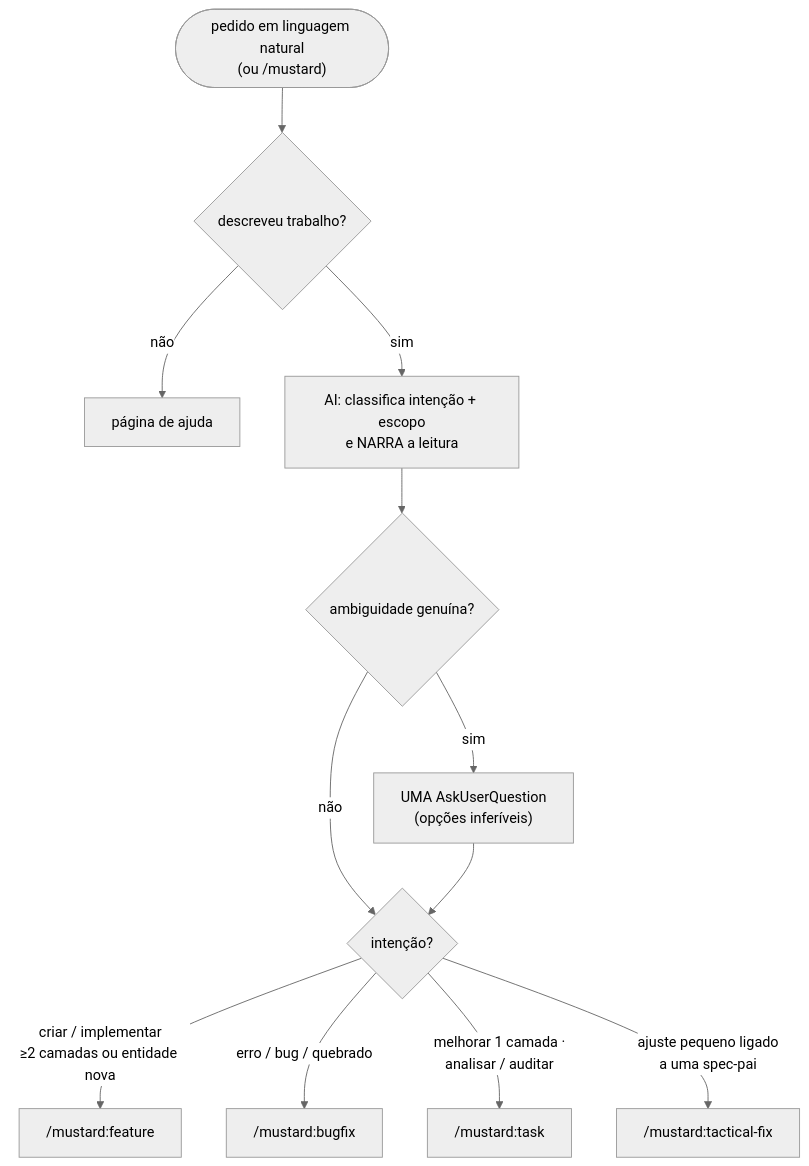
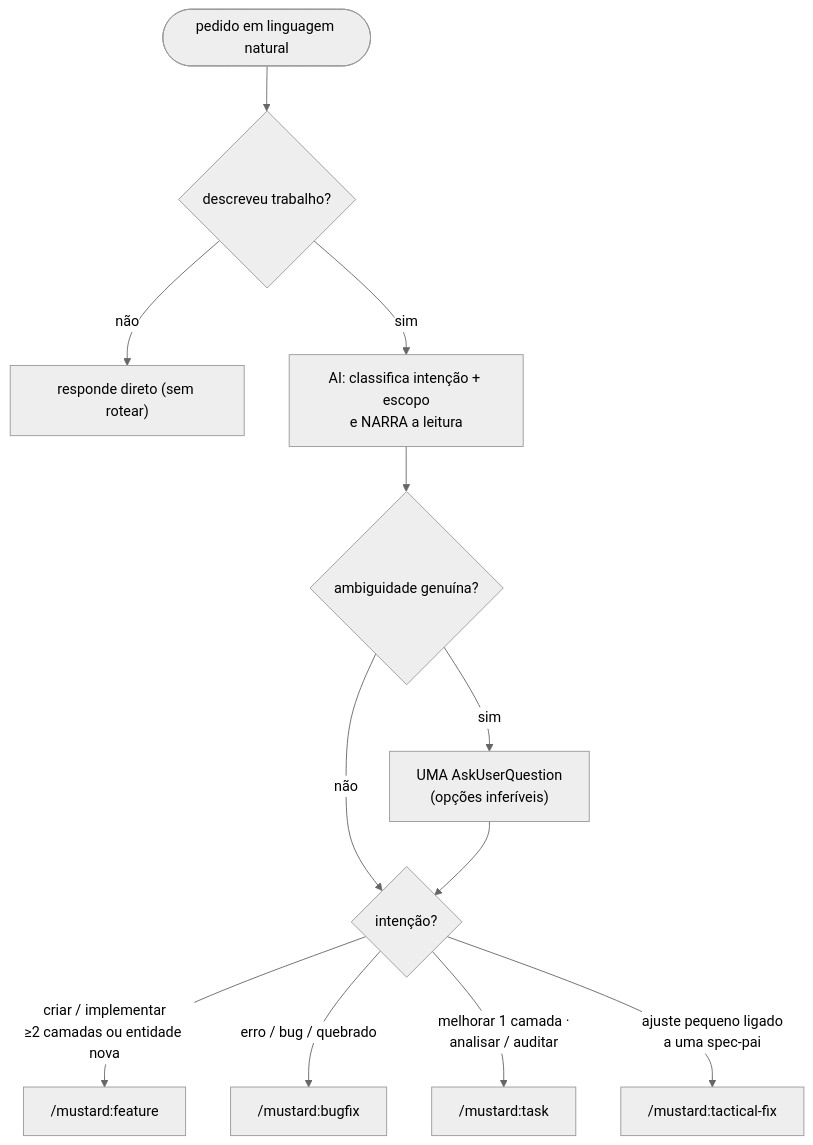
One commit to rubensrpj/mustard changed the third of 15 diagrams in MUSTARD-COMMANDS.md. Above: the diagram before and after it, drawn with Mermaid (neutral theme). The commit also changed other lines of this file and 24 other files, not shown here.

````diff
--- a/MUSTARD-COMMANDS.md
+++ b/MUSTARD-COMMANDS.md
@@ -100,14 +95,14 @@
 ```mermaid
 flowchart TD
-    start(["pedido em linguagem natural<br/>(ou /mustard)"]) --> desc{"descreveu trabalho?"}
-    desc -->|não| help["página de ajuda"]
+    start(["pedido em linguagem natural"]) --> desc{"descreveu trabalho?"}
+    desc -->|não| help["responde direto (sem rotear)"]
     desc -->|sim| classify["AI: classifica intenção + escopo<br/>e NARRA a leitura"]
     classify --> amb{"ambiguidade genuína?"}
     amb -->|sim| ask["UMA AskUserQuestion<br/>(opções inferíveis)"]
     amb -->|não| route
     ask --> route{"intenção?"}
     route -->|"criar / implementar<br/>≥2 camadas ou entidade nova"| f["/mustard:feature"]
     route -->|"erro / bug / quebrado"| b["/mustard:bugfix"]
     route -->|"melhorar 1 camada ·<br/>analisar / auditar"| t["/mustard:task"]
     route -->|"ajuste pequeno ligado<br/>a uma spec-pai"| tfx["/mustard:tactical-fix"]
 ```
````
